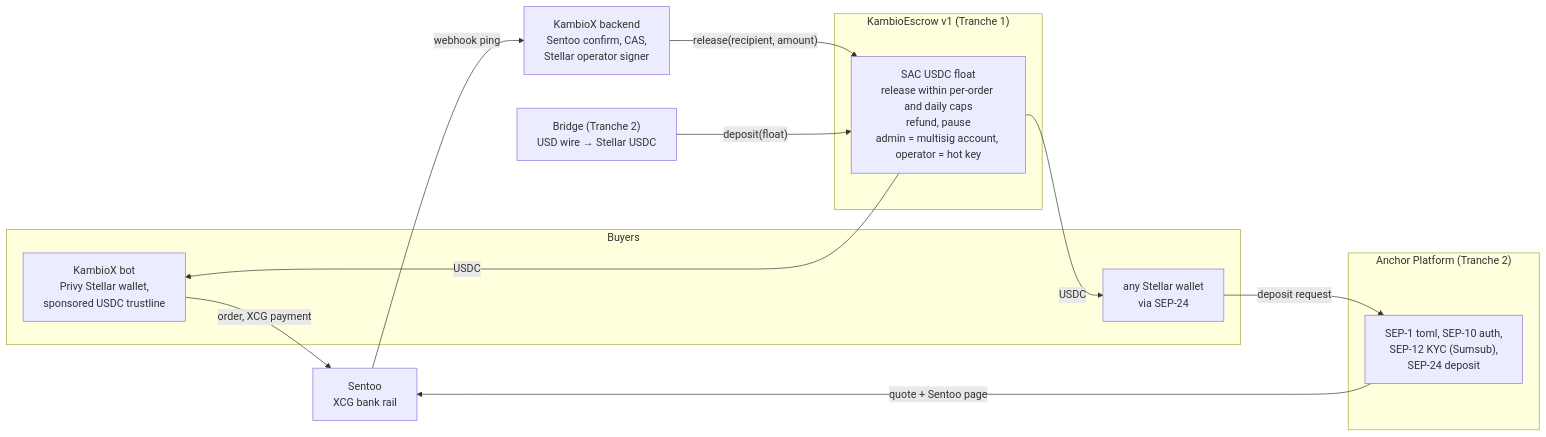
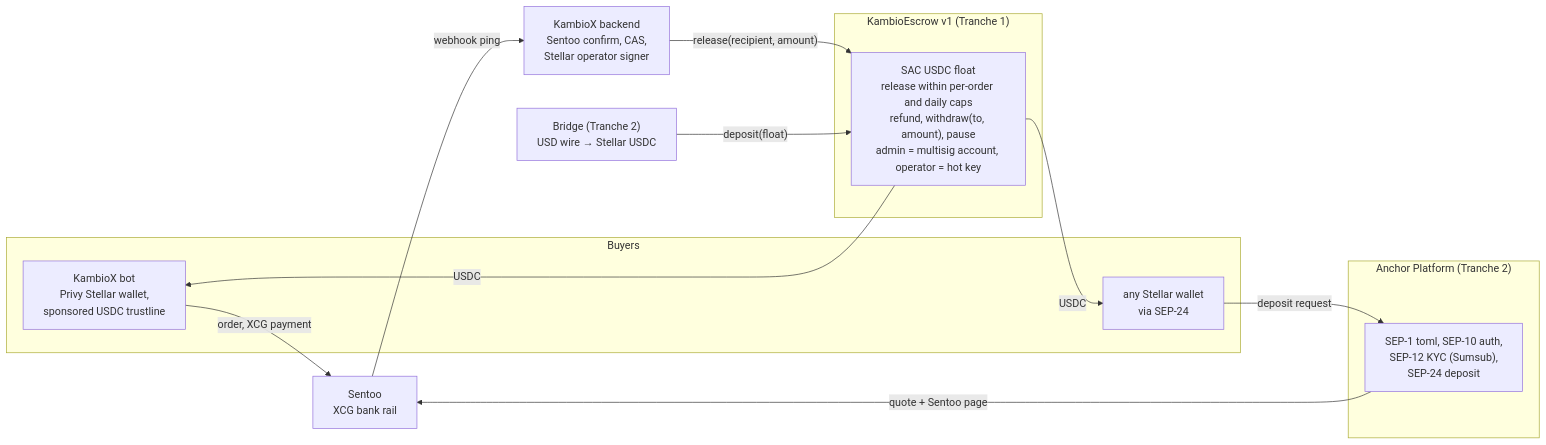
One commit to BreadchainCoop/curacao-crypto-onramp-bot changed the seventh of 8 diagrams in contracts/stellar/ARCHITECTURE.md. Above: the diagram before and after it, drawn with Mermaid. The commit also changed other lines of this file, not shown here.

Commit message:
docs(stellar): merge the SCF submission chapter into ARCHITECTURE.md

````diff
--- a/contracts/stellar/ARCHITECTURE.md
+++ b/contracts/stellar/ARCHITECTURE.md
@@ -208,25 +208,25 @@
 ```mermaid
 flowchart LR
   subgraph Buyers
     BOT["KambioX bot<br/>Privy Stellar wallet,<br/>sponsored USDC trustline"]
     W["any Stellar wallet<br/>via SEP-24"]
   end
   subgraph Anchor["Anchor Platform (Tranche 2)"]
     SEP["SEP-1 toml, SEP-10 auth,<br/>SEP-12 KYC (Sumsub),<br/>SEP-24 deposit"]
   end
   BE["KambioX backend<br/>Sentoo confirm, CAS,<br/>Stellar operator signer"]
   subgraph Contract["KambioEscrow v1 (Tranche 1)"]
-    KE["SAC USDC float<br/>release within per-order and daily caps<br/>refund, pause<br/>admin = multisig account, operator = hot key"]
+    KE["SAC USDC float<br/>release within per-order and daily caps<br/>refund, withdraw(to, amount), pause<br/>admin = multisig account, operator = hot key"]
   end
   S["Sentoo<br/>XCG bank rail"]
   BR["Bridge (Tranche 2)<br/>USD wire → Stellar USDC"]
 
   BOT -->|"order, XCG payment"| S
   W -->|"deposit request"| SEP
   SEP -->|"quote + Sentoo page"| S
   S -->|"webhook ping"| BE
   BE -->|"release(recipient, amount)"| KE
   KE -->|"USDC"| BOT
   KE -->|"USDC"| W
   BR -->|"deposit(float)"| KE
 ```
````
